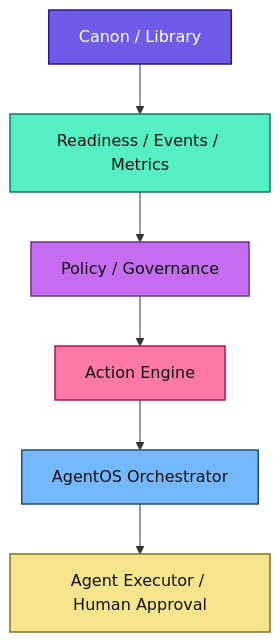
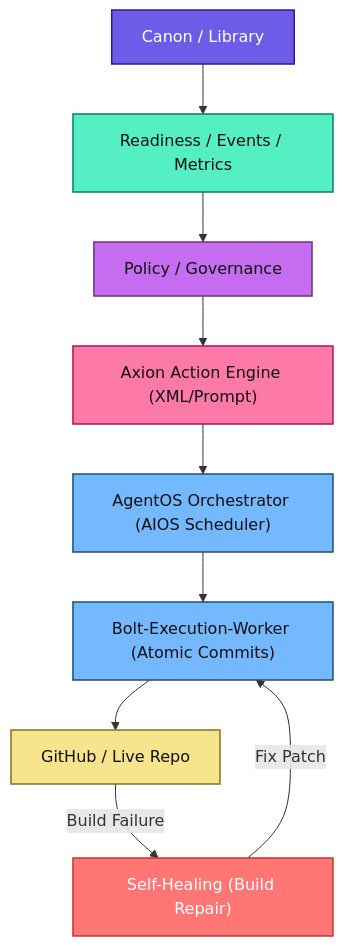
The tenth of 13 diagrams in docs/ARCHITECTURE.md (zansued/axionos), drawn with Mermaid before and after one commit. The commit also changed other lines of this file and 8 other files, not shown here.

First line of the commit message:
Rename Bolt -> Axion; update docs & action engine

````diff
--- a/docs/ARCHITECTURE.md
+++ b/docs/ARCHITECTURE.md
@@ -438,22 +438,28 @@
 ```mermaid
 flowchart TD
-    Canon["Canon / Library"]:::canon
-    Signals["Readiness / Events / Metrics"]:::data
-    Policy["Policy / Governance"]:::governance
-    AE["Action Engine"]:::runtime
-    AgentOS["AgentOS Orchestrator"]:::core
-    Executor["Agent Executor / Human Approval"]:::human
+      Canon["Canon / Library"]:::canon
+      Signals["Readiness / Events / Metrics"]:::data
+      Policy["Policy / Governance"]:::governance
+      AE["Axion Action Engine (XML/Prompt)"]:::runtime
+      AgentOS["AgentOS Orchestrator (AIOS Scheduler)"]:::core
+      Executor["Bolt-Execution-Worker (Atomic Commits)"]:::core
+      Heal["Self-Healing (Build Repair)"]:::heal
+      Final["GitHub / Live Repo"]:::human
+  
+      Canon --> Signals
+      Signals --> Policy
+      Policy --> AE
+      AE --> AgentOS
+      AgentOS --> Executor
+      Executor --> Final
+      Final -- "Build Failure" --> Heal
+      Heal -- "Fix Patch" --> Executor
 
-    Canon --> Signals
-    Signals --> Policy
-    Policy --> AE
-    AE --> AgentOS
-    AgentOS --> Executor
-
-    classDef canon fill:#6C5CE7,stroke:#2E1A8A,color:#fff,stroke-width:1.5px;
-    classDef data fill:#55EFC4,stroke:#117A65,color:#111,stroke-width:1.5px;
-    classDef governance fill:#C56CF0,stroke:#6C3483,color:#111,stroke-width:1.5px;
-    classDef runtime fill:#FD79A8,stroke:#AD1457,color:#111,stroke-width:1.5px;
-    classDef core fill:#74B9FF,stroke:#1B4F72,color:#111,stroke-width:1.5px;
-    classDef human fill:#F6E58D,stroke:#8C6D1F,color:#111,stroke-width:1.5px;
+      classDef canon fill:#6C5CE7,stroke:#2E1A8A,color:#fff,stroke-width:1.5px;
+      classDef data fill:#55EFC4,stroke:#117A65,color:#111,stroke-width:1.5px;
+      classDef governance fill:#C56CF0,stroke:#6C3483,color:#111,stroke-width:1.5px;
+      classDef runtime fill:#FD79A8,stroke:#AD1457,color:#111,stroke-width:1.5px;
+      classDef core fill:#74B9FF,stroke:#1B4F72,color:#111,stroke-width:1.5px;
+      classDef heal fill:#FF7675,stroke:#C0392B,color:#fff,stroke-width:1.5px;
+      classDef human fill:#F6E58D,stroke:#8C6D1F,color:#111,stroke-width:1.5px;
 ```
````
